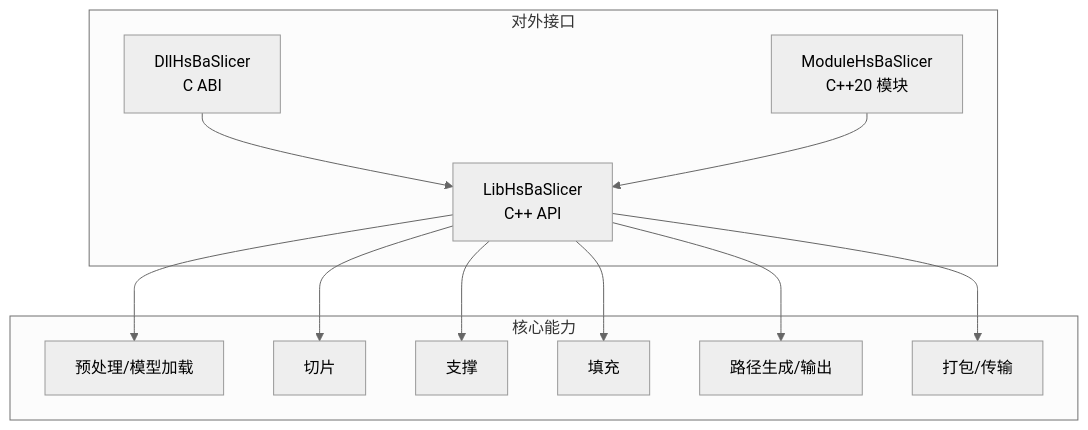
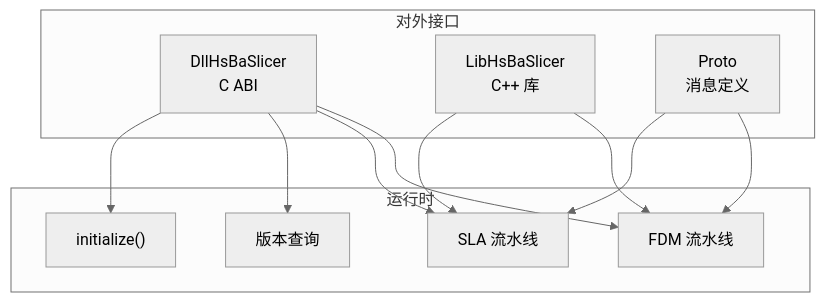
Before and after one commit to hsmbanlance/HsBaSlicer: the first of 9 diagrams in .qoder/repowiki/zh/content/API 参考文档/API 参考文档.md, drawn with Mermaid (neutral theme). The commit also changed other lines of this file and 1135 other files, not shown here.

````diff
--- a/.qoder/repowiki/zh/content/API 参考文档/API 参考文档.md
+++ b/.qoder/repowiki/zh/content/API 参考文档/API 参考文档.md
@@ -46,24 +47,22 @@
 ```mermaid
 graph TB
 subgraph "对外接口"
 DLL["DllHsBaSlicer<br/>C ABI"]
-LIB["LibHsBaSlicer<br/>C++ API"]
-MOD["ModuleHsBaSlicer<br/>C++20 模块"]
+LIB["LibHsBaSlicer<br/>C++ 库"]
+PROTO["Proto<br/>消息定义"]
 end
-subgraph "核心能力"
-PRE["预处理/模型加载"]
-SLICE["切片"]
-SUP["支撑"]
-FIL["填充"]
-PATH["路径生成/输出"]
-PKG["打包/传输"]
+subgraph "运行时"
+INIT["initialize()"]
+FDM["FDM 流水线"]
+SLA["SLA 流水线"]
+VER["版本查询"]
 end
-DLL --> LIB
-MOD --> LIB
-LIB --> PRE
-LIB --> SLICE
-LIB --> SUP
-LIB --> FIL
-LIB --> PATH
-LIB --> PKG
+DLL --> FDM
+DLL --> SLA
+DLL --> VER
+DLL --> INIT
+LIB --> FDM
+LIB --> SLA
+PROTO --> FDM
+PROTO --> SLA
 ```
````
